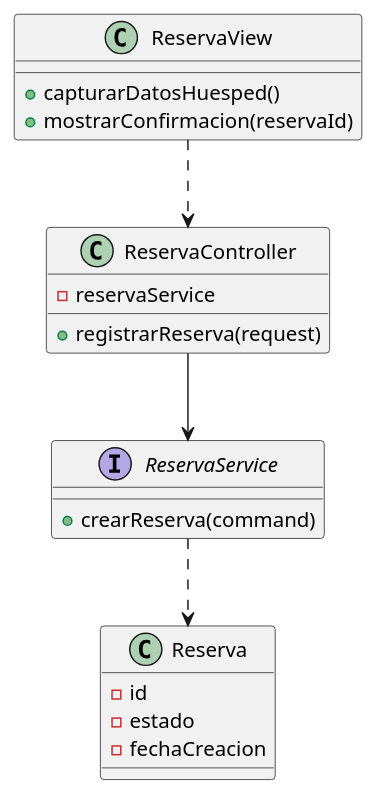
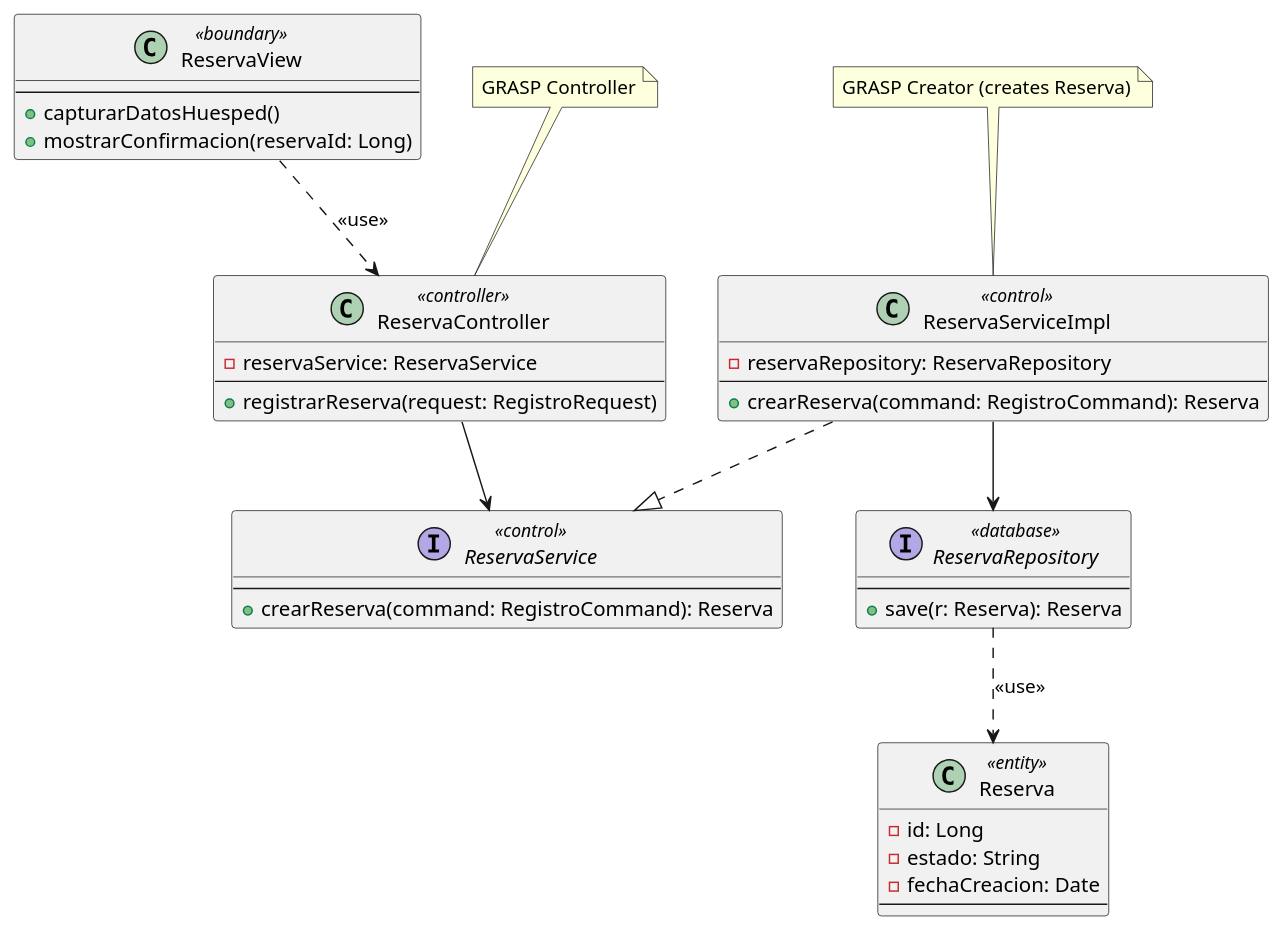
The seventh of 36 diagrams in RefactorV4.md (Tsmrain/GestionSistemas), drawn with PlantUML before and after one commit. The commit also changed other lines of this file and 1 other file, not shown here.

Commit message:
refactor: enhance UML diagrams with GRASP stereotypes, layer annotations, and updated sequence interactions.

````diff
--- a/RefactorV4.md
+++ b/RefactorV4.md
@@ -501,23 +530,40 @@
 ```plantuml
 @startuml
-class ReservaView {
+class ReservaView <<boundary>> {
+  --
   +capturarDatosHuesped()
-  +mostrarConfirmacion(reservaId)
+  +mostrarConfirmacion(reservaId: Long)
 }
-class ReservaController {
-  -reservaService
-  +registrarReserva(request)
+class ReservaController <<controller>> {
+  -reservaService: ReservaService
+  --
+  +registrarReserva(request: RegistroRequest)
 }
-interface ReservaService {
-  +crearReserva(command)
+interface ReservaService <<control>> {
+  --
+  +crearReserva(command: RegistroCommand): Reserva
 }
-class Reserva {
-  -id
-  -estado
-  -fechaCreacion
+class ReservaServiceImpl <<control>> {
+  -reservaRepository: ReservaRepository
+  --
+  +crearReserva(command: RegistroCommand): Reserva
 }
-ReservaView ..> ReservaController
+class Reserva <<entity>> {
+  -id: Long
+  -estado: String
+  -fechaCreacion: Date
+  --
+}
+interface ReservaRepository <<database>> {
+  --
+  +save(r: Reserva): Reserva
+}
+ReservaView ..> ReservaController : <<use>>
 ReservaController --> ReservaService
-ReservaService ..> Reserva
+ReservaServiceImpl ..|> ReservaService
+ReservaServiceImpl --> ReservaRepository
+ReservaRepository ..> Reserva : <<use>>
+note top of ReservaController : GRASP Controller
+note top of ReservaServiceImpl : GRASP Creator (creates Reserva)
 @enduml
 ```
````
